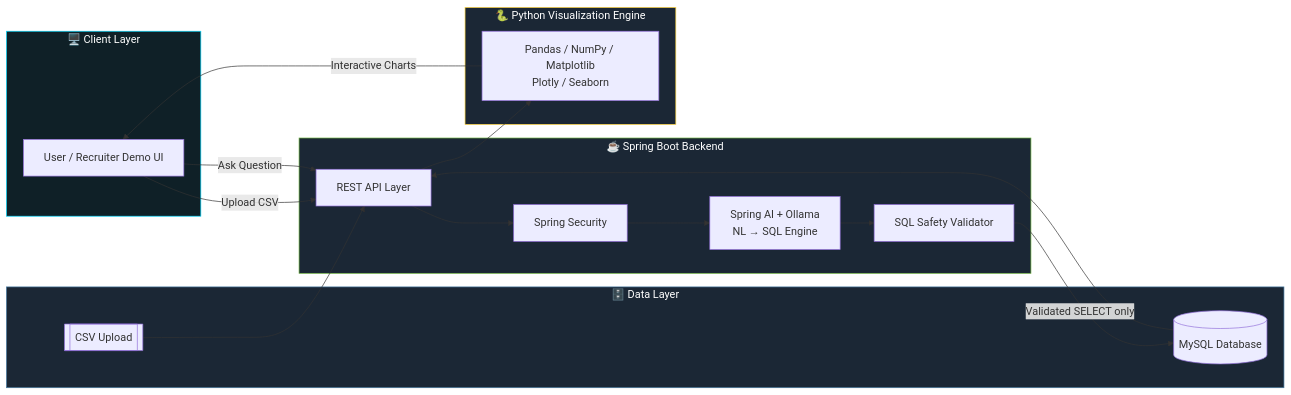
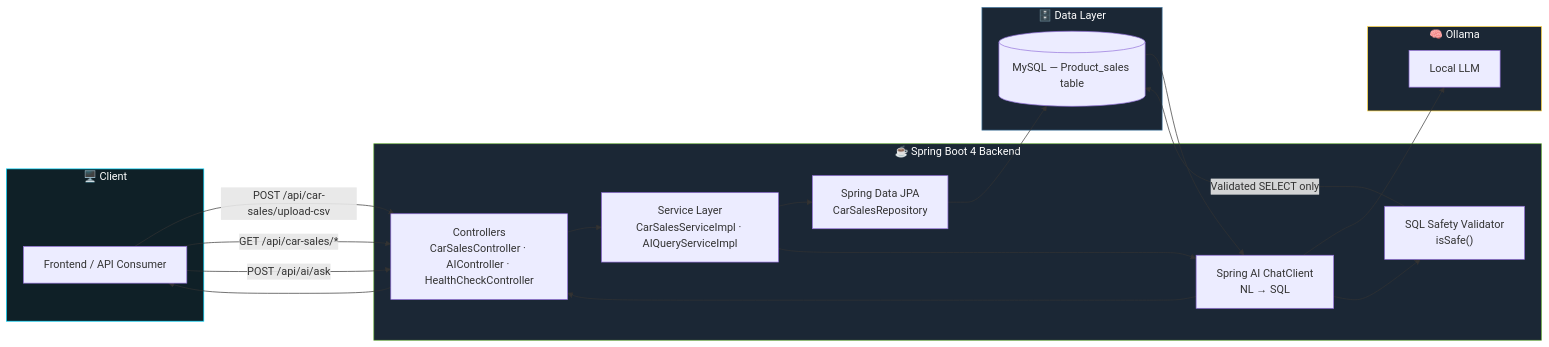
The first of 4 diagrams in README.md (bikashcode-dev/InsightIq-Application), drawn with Mermaid before and after one commit. The commit also changed other lines of this file, not shown here.

````diff
--- a/README.md
+++ b/README.md
@@ -150,38 +135,37 @@
 ```mermaid
 flowchart LR
-    subgraph Client["🖥️ Client Layer"]
-        UI[User / Recruiter Demo UI]
+    subgraph Client["🖥️ Client"]
+        UI[Frontend / API Consumer]
     end
 
-    subgraph Backend["☕ Spring Boot Backend"]
-        API[REST API Layer]
-        AI[Spring AI + Ollama<br/>NL → SQL Engine]
-        SAFE[SQL Safety Validator]
-        SEC[Spring Security]
+    subgraph Backend["☕ Spring Boot 4 Backend"]
+        CTRL["Controllers<br/>CarSalesController · AIController · HealthCheckController"]
+        SVC["Service Layer<br/>CarSalesServiceImpl · AIQueryServiceImpl"]
+        AI["Spring AI ChatClient<br/>NL → SQL"]
+        SAFE["SQL Safety Validator<br/>isSafe()"]
+        JPA["Spring Data JPA<br/>CarSalesRepository"]
     end
 
     subgraph Data["🗄️ Data Layer"]
-        DB[(MySQL Database)]
-        CSV[[CSV Upload]]
+        DB[(MySQL — Product_sales table)]
     end
 
-    subgraph Viz["🐍 Python Visualization Engine"]
-        PY[Pandas / NumPy / Matplotlib<br/>Plotly / Seaborn]
+    subgraph LLM["🧠 Ollama"]
+        OL[Local LLM]
     end
 
-    UI -->|Upload CSV| API
-    UI -->|Ask Question| API
-    CSV --> API
-    API --> SEC
-    SEC --> AI
+    UI -->|POST /api/car-sales/upload-csv| CTRL
+    UI -->|GET /api/car-sales/*| CTRL
+    UI -->|POST /api/ai/ask| CTRL
+    CTRL --> SVC
+    SVC --> JPA --> DB
+    SVC --> AI --> OL
     AI --> SAFE
     SAFE -->|Validated SELECT only| DB
-    DB --> API
-    API --> PY
-    PY -->|Interactive Charts| UI
+    DB --> AI --> CTRL --> UI
 
     style Client fill:#0f2027,stroke:#00d9ff,color:#fff
     style Backend fill:#1b2735,stroke:#6DB33F,color:#fff
     style Data fill:#1b2735,stroke:#4479A1,color:#fff
-    style Viz fill:#1b2735,stroke:#FFD43B,color:#fff
+    style LLM fill:#1b2735,stroke:#FFD43B,color:#fff
 ```
````
